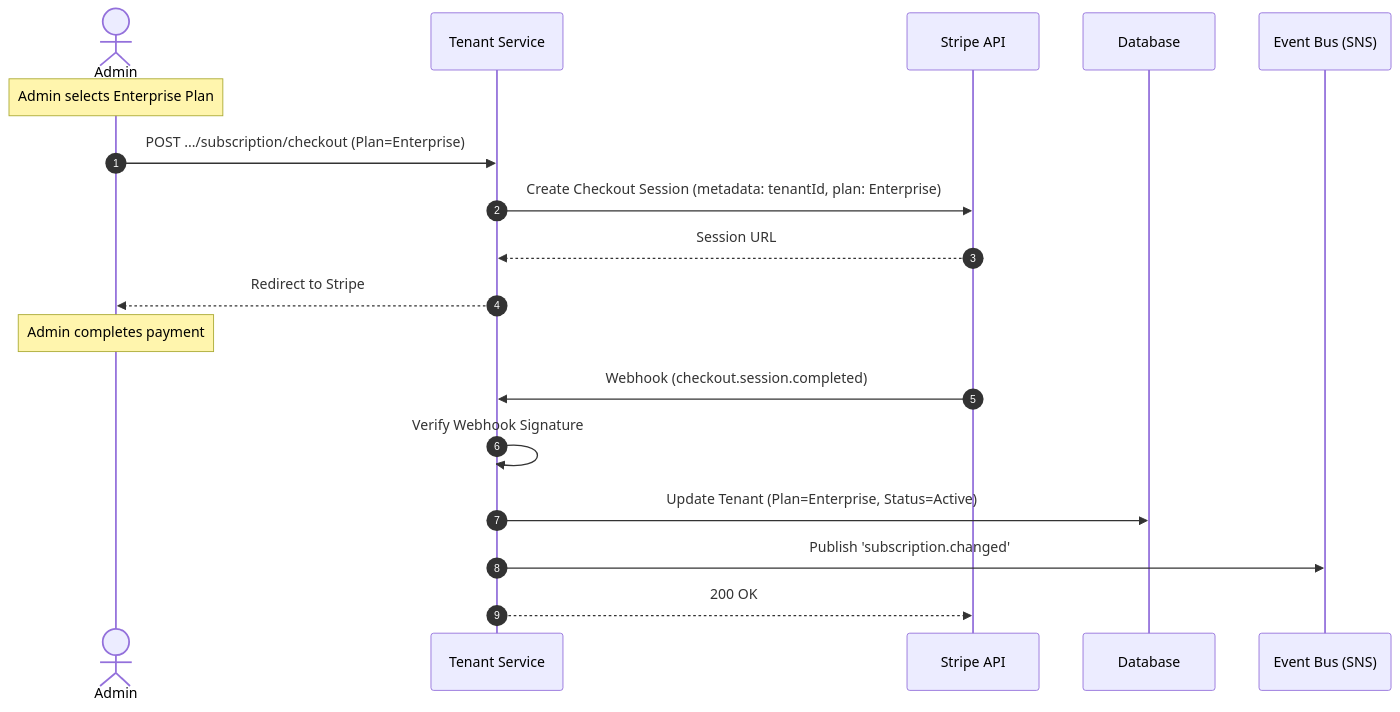
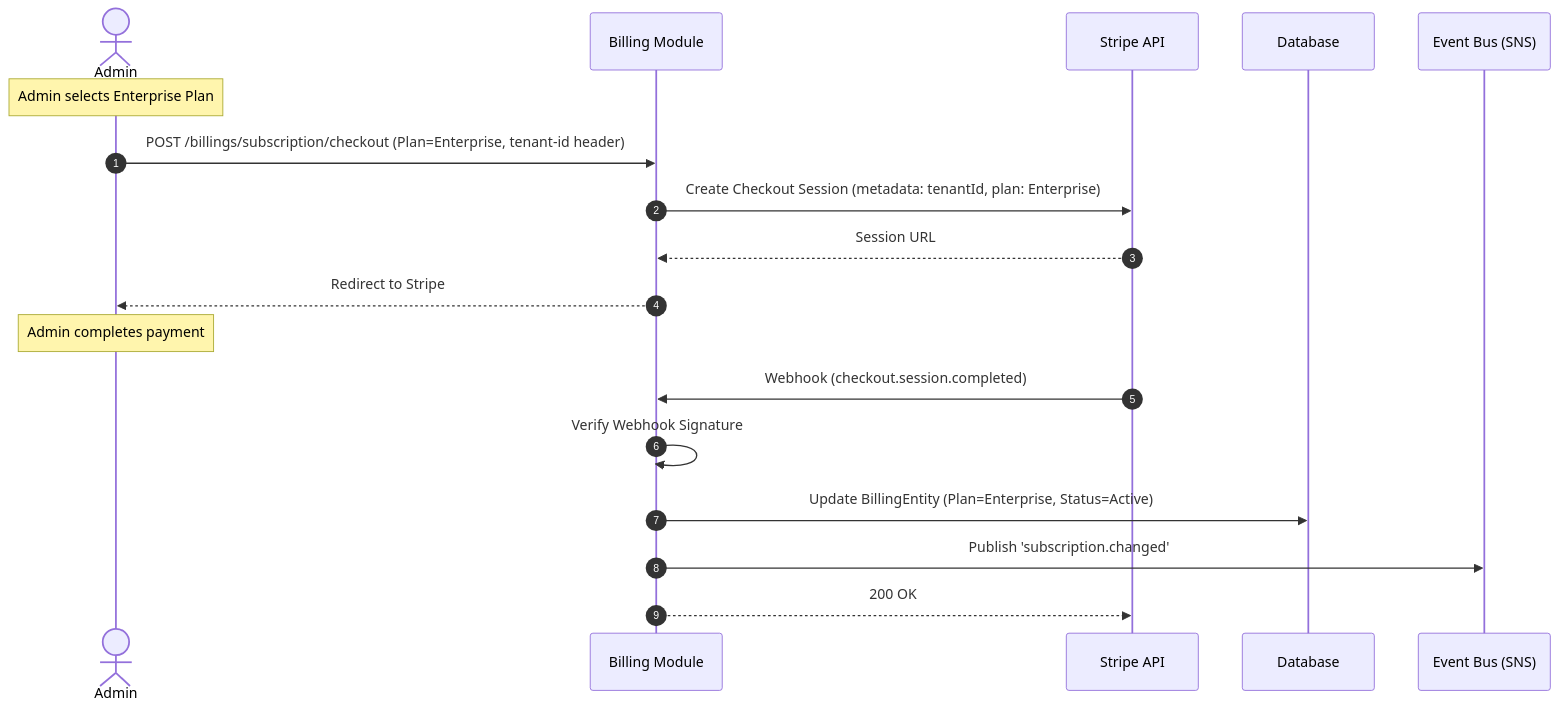
Before and after one commit to Digital-Rogue-Wave/referral-pulse-tenant-svc: diagram 15 of 30 in README.md, drawn with Mermaid. The commit also changed other lines of this file, not shown here.

Commit message:
refactor read me for billing

````diff
--- a/README.md
+++ b/README.md
@@ -480,22 +490,22 @@
 ```mermaid
 sequenceDiagram
     autonumber
     actor Admin
-    participant TS as Tenant Service
+    participant BS as Billing Module
     participant Stripe as Stripe API
     participant DB as Database
     participant SNS as Event Bus (SNS)
 
     Note over Admin: Admin selects Enterprise Plan
-    Admin->>TS: POST .../subscription/checkout (Plan=Enterprise)
-    TS->>Stripe: Create Checkout Session (metadata: tenantId, plan: Enterprise)
-    Stripe-->>TS: Session URL
-    TS-->>Admin: Redirect to Stripe
+    Admin->>BS: POST /billings/subscription/checkout (Plan=Enterprise, tenant-id header)
+    BS->>Stripe: Create Checkout Session (metadata: tenantId, plan: Enterprise)
+    Stripe-->>BS: Session URL
+    BS-->>Admin: Redirect to Stripe
 
     Note over Admin: Admin completes payment
-    Stripe->>TS: Webhook (checkout.session.completed)
-    TS->>TS: Verify Webhook Signature
-    TS->>DB: Update Tenant (Plan=Enterprise, Status=Active)
-    TS->>SNS: Publish 'subscription.changed'
-    TS-->>Stripe: 200 OK
+    Stripe->>BS: Webhook (checkout.session.completed)
+    BS->>BS: Verify Webhook Signature
+    BS->>DB: Update BillingEntity (Plan=Enterprise, Status=Active)
+    BS->>SNS: Publish 'subscription.changed'
+    BS-->>Stripe: 200 OK
 ```
````
